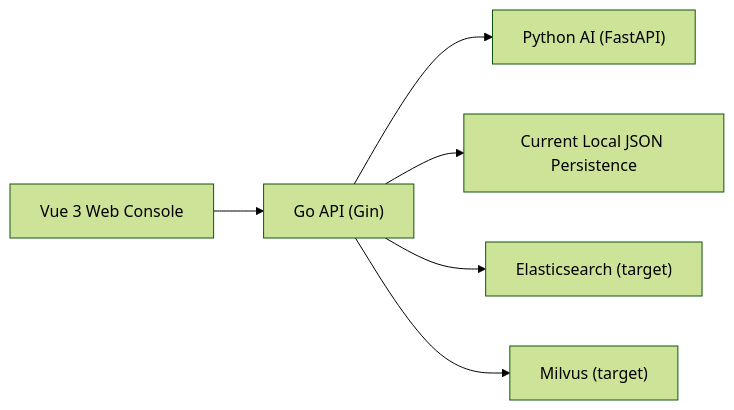
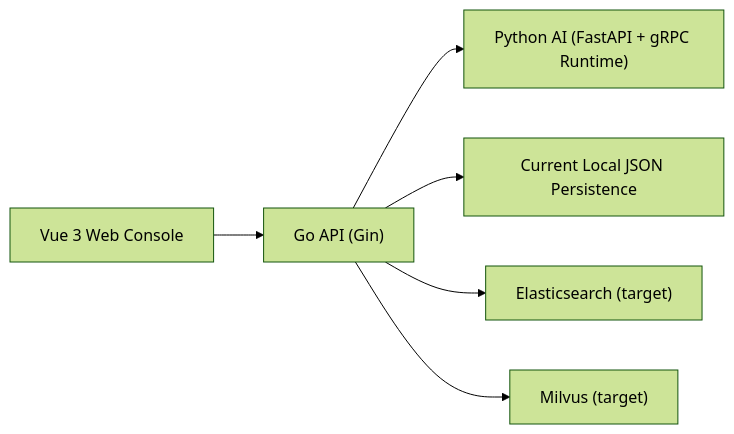
Before and after one commit to oyzg/OnCall: the diagram in README.md, drawn with Mermaid (forest theme). The commit also changed other lines of this file and 8 other files, not shown here.

````diff
--- a/README.md
+++ b/README.md
@@ -23,8 +23,8 @@
 ```mermaid
 flowchart LR
     Web["Vue 3 Web Console"] --> Go["Go API (Gin)"]
-    Go --> Py["Python AI (FastAPI)"]
+    Go --> Py["Python AI (FastAPI + gRPC Runtime)"]
     Go --> Data["Current Local JSON Persistence"]
     Go --> Search["Elasticsearch (target)"]
     Go --> Vector["Milvus (target)"]
 ```
````
